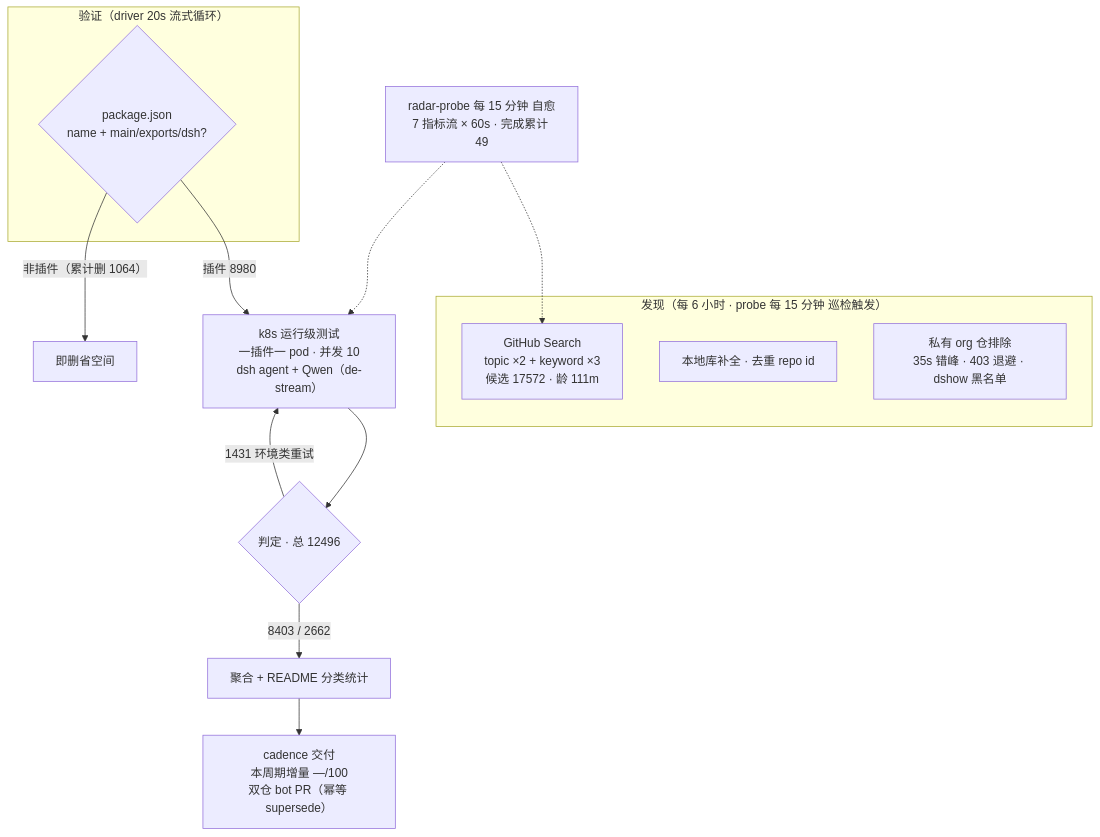
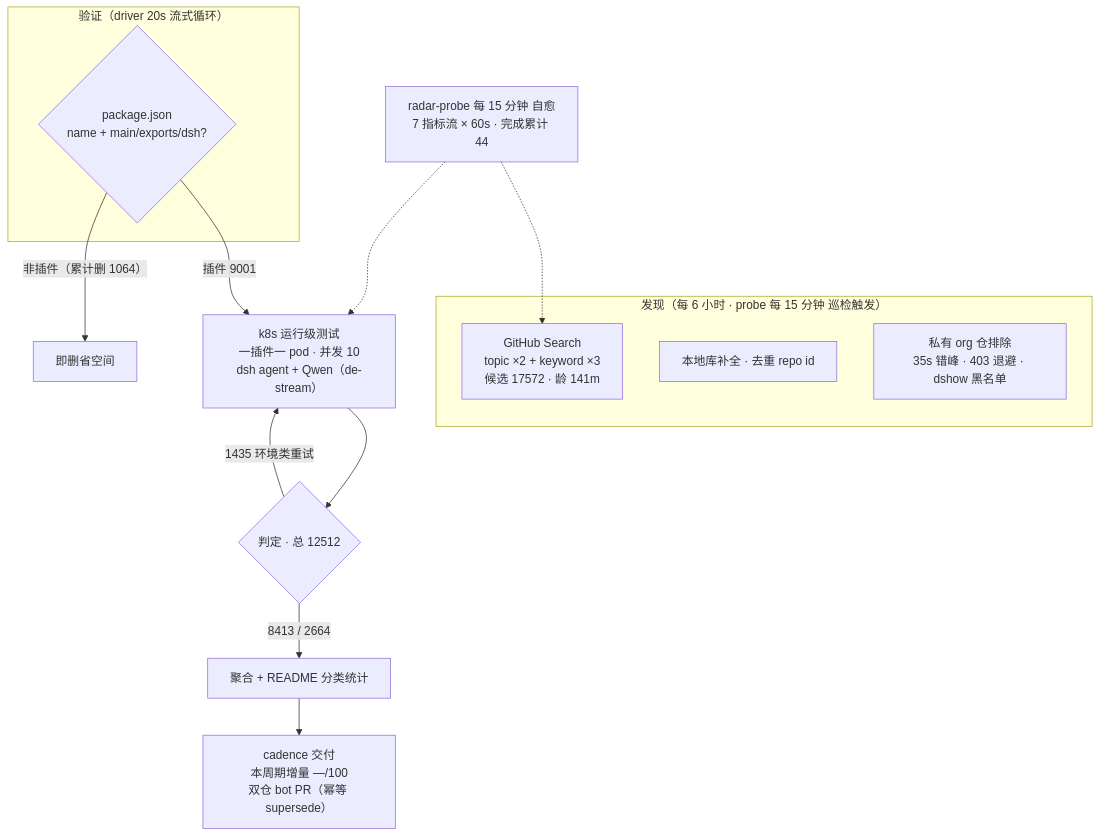
The diagram in README.md (Zhidao-Lab-OSS/awesome-dsh-plugins), drawn with Mermaid before and after one commit. The commit also changed other lines of this file and 1 other file, not shown here.

````diff
--- a/README.md
+++ b/README.md
@@ -52,20 +52,20 @@
 ```mermaid
 flowchart TB
     subgraph Discovery["发现（每 6 小时 · probe 每 15 分钟 巡检触发）"]
-        A1["GitHub Search<br/>topic ×2 + keyword ×3<br/>候选 17572 · 龄 111m"]
+        A1["GitHub Search<br/>topic ×2 + keyword ×3<br/>候选 17572 · 龄 141m"]
         A2["本地库补全 · 去重 repo id"]
         A3["私有 org 仓排除<br/>35s 错峰 · 403 退避 · dshow 黑名单"]
     end
     subgraph Validation["验证（driver 20s 流式循环）"]
         B1{"package.json<br/>name + main/exports/dsh?"}
     end
-    B1 -->|"插件 8980"| C1["k8s 运行级测试<br/>一插件一 pod · 并发 10<br/>dsh agent + Qwen（de-stream）"]
+    B1 -->|"插件 9001"| C1["k8s 运行级测试<br/>一插件一 pod · 并发 10<br/>dsh agent + Qwen（de-stream）"]
     B1 -->|"非插件（累计删 1064）"| B3["即删省空间"]
-    C1 --> D1{"判定 · 总 12496"}
-    D1 -->|"8403 / 2662"| E1["聚合 + README 分类统计"]
-    D1 -->|"1431 环境类重试"| C1
+    C1 --> D1{"判定 · 总 12512"}
+    D1 -->|"8413 / 2664"| E1["聚合 + README 分类统计"]
+    D1 -->|"1435 环境类重试"| C1
     E1 --> E2["cadence 交付<br/>本周期增量 —/100<br/>双仓 bot PR（幂等 supersede）"]
-    M["radar-probe 每 15 分钟 自愈<br/>7 指标流 × 60s · 完成累计 49"]
+    M["radar-probe 每 15 分钟 自愈<br/>7 指标流 × 60s · 完成累计 44"]
     M -.-> A1
     M -.-> C1
 ```
````
